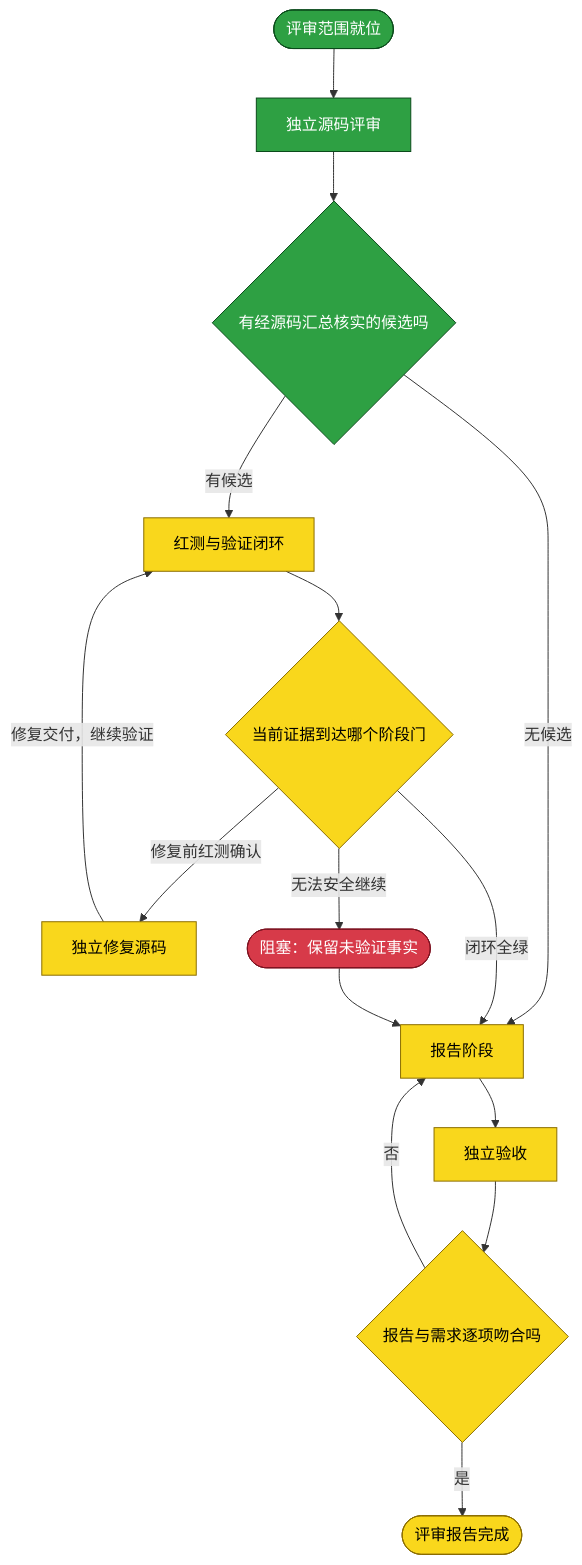
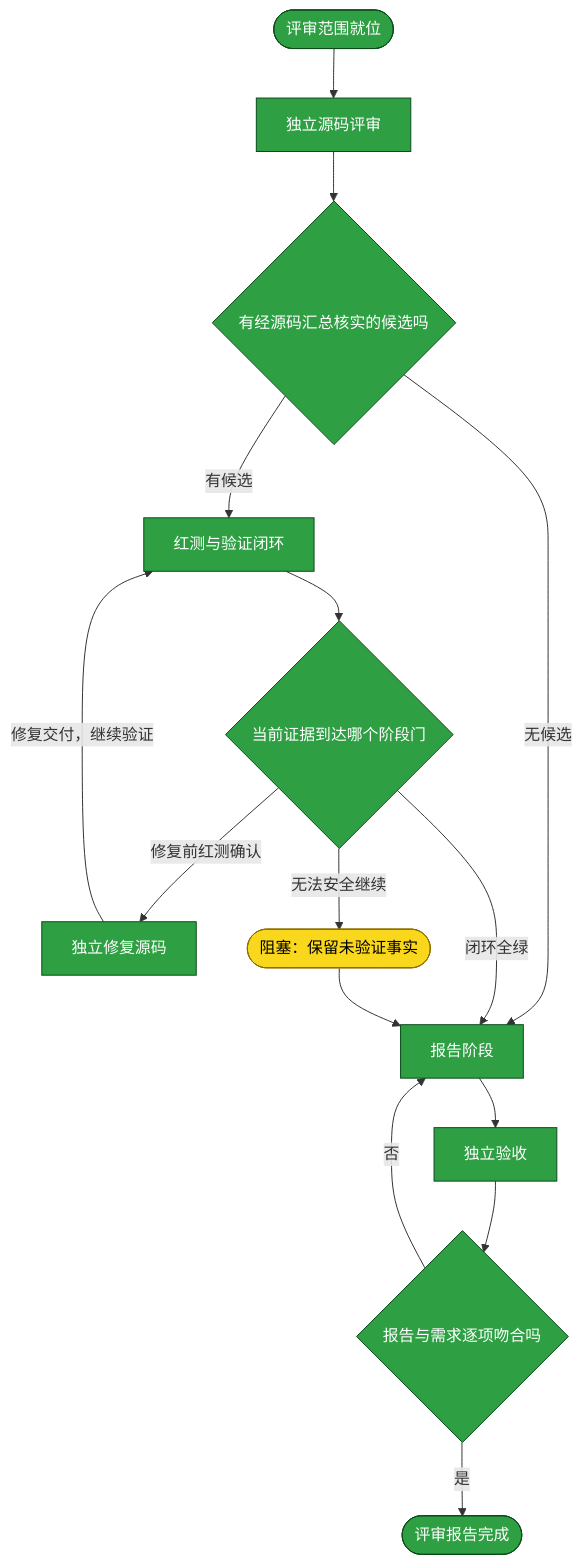
One commit to yunjies/knowledge-base changed the diagram in assets/inbox/req.dsh-credentials.source-review.20261010-010816.md. Above: the diagram before and after it, drawn with Mermaid. The commit also changed other lines of this file and 1 other file, not shown here.

Commit message:
docs(dsh-credentials): record source review results

````diff
--- a/assets/inbox/req.dsh-credentials.source-review.20261010-010816.md
+++ b/assets/inbox/req.dsh-credentials.source-review.20261010-010816.md
@@ -32,25 +32,23 @@
 ```mermaid
 flowchart TB
   START(["评审范围就位"]) --> REVIEW["独立源码评审"]
   REVIEW --> REVIEW_GATE{"有经源码汇总核实的候选吗"}
   REVIEW_GATE -->|"无候选"| REPORT["报告阶段"]
   REVIEW_GATE -->|"有候选"| TEST["红测与验证闭环"]
   TEST --> TEST_GATE{"当前证据到达哪个阶段门"}
   TEST_GATE -->|"修复前红测确认"| DEVELOP["独立修复源码"]
   DEVELOP -->|"修复交付，继续验证"| TEST
   TEST_GATE -->|"闭环全绿"| REPORT
   TEST_GATE -->|"无法安全继续"| BLOCKED(["阻塞：保留未验证事实"])
   BLOCKED --> REPORT
   REPORT --> ACCEPT["独立验收"]
   ACCEPT --> ACCEPT_GATE{"报告与需求逐项吻合吗"}
   ACCEPT_GATE -->|"是"| DONE(["评审报告完成"])
   ACCEPT_GATE -->|"否"| REPORT
 
   classDef todo fill:#f9d71c,stroke:#8a6d00,color:#000
   classDef done fill:#2ea043,stroke:#0b4a1b,color:#fff
   classDef stuck fill:#d73a49,stroke:#7d1220,color:#fff
-  class START done
-  class REVIEW,REVIEW_GATE done
-  class TEST,TEST_GATE,DEVELOP,REPORT,ACCEPT,ACCEPT_GATE,DONE todo
-  class BLOCKED stuck
+  class START,REVIEW,REVIEW_GATE,TEST,TEST_GATE,DEVELOP,REPORT,ACCEPT,ACCEPT_GATE,DONE done
+  class BLOCKED todo
 ```
````
